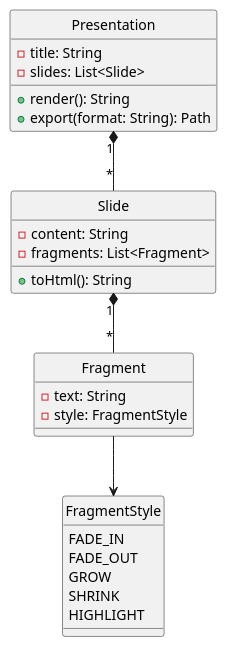
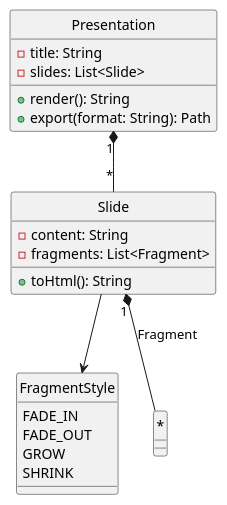
Before and after one commit to maxandersen/lazyslide: the second of 14 diagrams in kitchensink.adoc, drawn with PlantUML. The commit also changed other lines of this file, not shown here.

First line of the commit message:
docs: comprehensive diagram section in kitchen sink

```diff
--- a/kitchensink.adoc
+++ b/kitchensink.adoc
@@ -447,36 +449,30 @@
 [plantuml,target=class-diagram,format=svg]
 ----
 @startuml
 skinparam style strictuml
 
 class Presentation {
   - title: String
   - slides: List<Slide>
   + render(): String
   + export(format: String): Path
 }
 
 class Slide {
   - content: String
   - fragments: List<Fragment>
   + toHtml(): String
 }
 
-class Fragment {
-  - text: String
-  - style: FragmentStyle
-}
-
 enum FragmentStyle {
   FADE_IN
   FADE_OUT
   GROW
   SHRINK
-  HIGHLIGHT
 }
 
 Presentation "1" *-- "*" Slide
-Slide "1" *-- "*" Fragment
-Fragment --> FragmentStyle
+Slide "1" *-- "*" : Fragment
+Slide --> FragmentStyle
 @enduml
 ----
```
